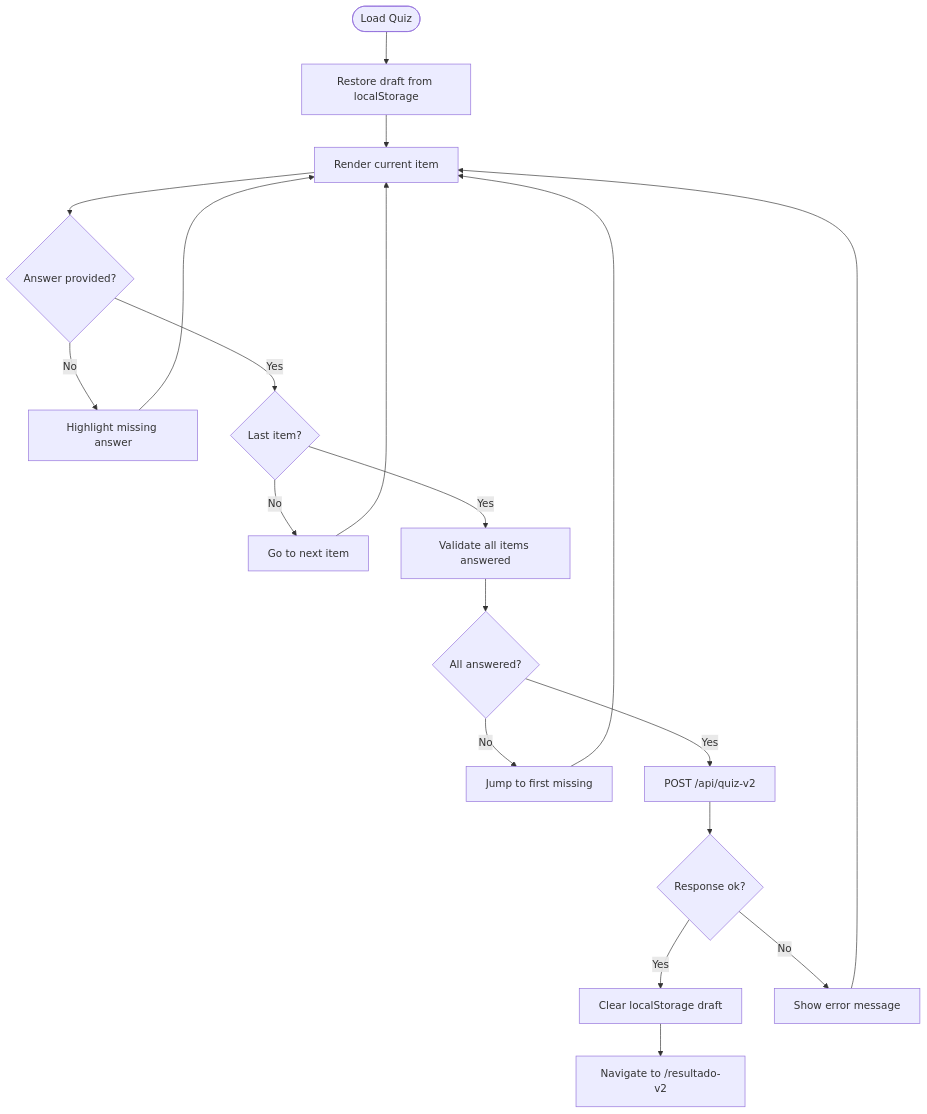
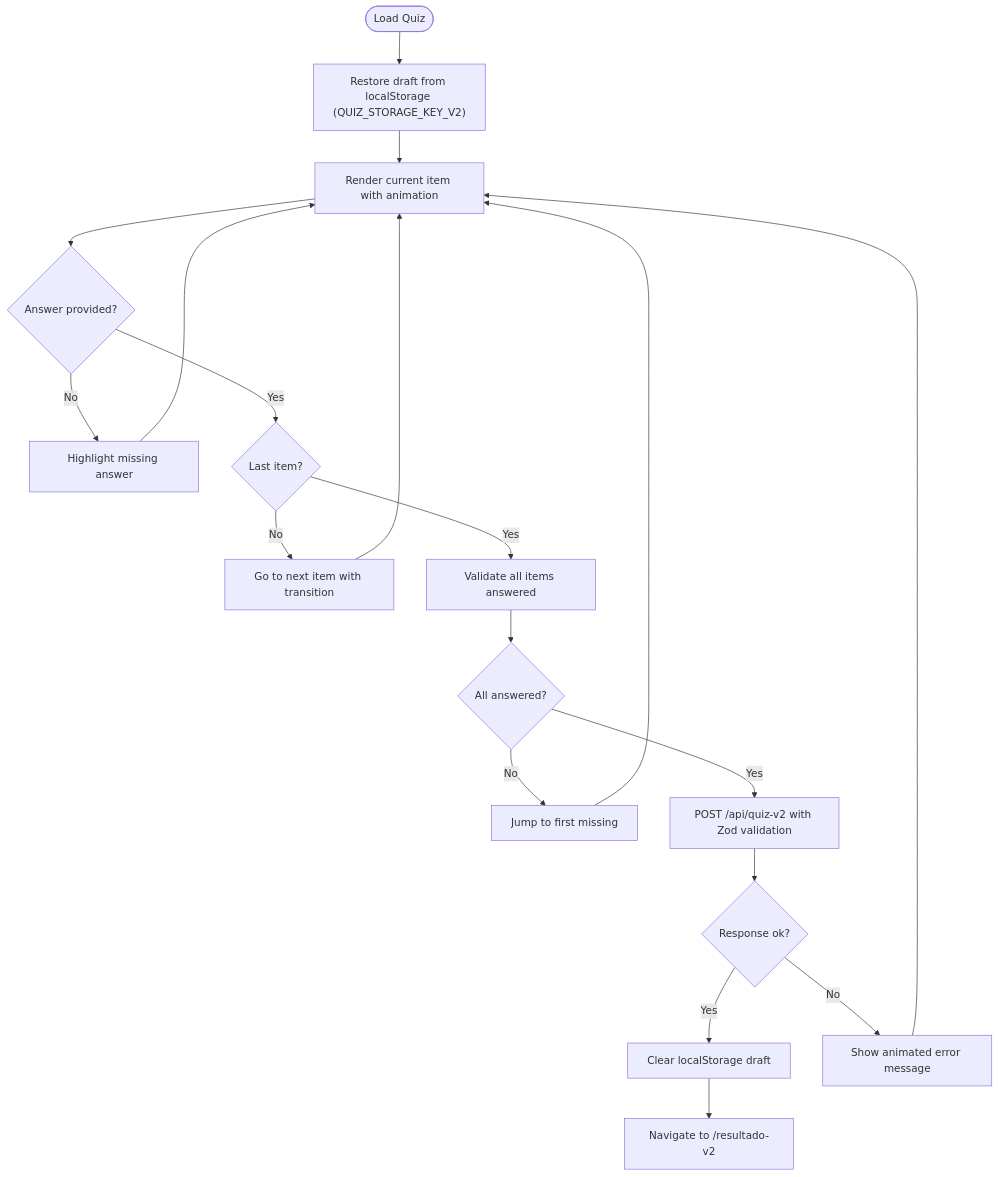
The third of 9 diagrams in .qoder/repowiki/en/content/Core Components/Interactive Quiz Interface v2.md (AmeliaDi/ProyectoENESZooMatch), drawn with Mermaid before and after one commit. The commit also changed other lines of this file and 43 other files, not shown here.

````diff
--- a/.qoder/repowiki/en/content/Core Components/Interactive Quiz Interface v2.md
+++ b/.qoder/repowiki/en/content/Core Components/Interactive Quiz Interface v2.md
@@ -187,21 +206,21 @@
 ```mermaid
 flowchart TD
-Start(["Load Quiz"]) --> RestoreDraft["Restore draft from localStorage"]
-RestoreDraft --> ShowItem["Render current item"]
+Start(["Load Quiz"]) --> RestoreDraft["Restore draft from localStorage (QUIZ_STORAGE_KEY_V2)"]
+RestoreDraft --> ShowItem["Render current item with animation"]
 ShowItem --> Answer{"Answer provided?"}
 Answer --> |No| HighlightMissing["Highlight missing answer"]
 HighlightMissing --> ShowItem
 Answer --> |Yes| NextOrSubmit{"Last item?"}
-NextOrSubmit --> |No| NextItem["Go to next item"]
+NextOrSubmit --> |No| NextItem["Go to next item with transition"]
 NextItem --> ShowItem
 NextOrSubmit --> |Yes| ValidateAll["Validate all items answered"]
 ValidateAll --> AllAnswered{"All answered?"}
 AllAnswered --> |No| JumpToFirstMissing["Jump to first missing"]
 JumpToFirstMissing --> ShowItem
-AllAnswered --> |Yes| Submit["POST /api/quiz-v2"]
+AllAnswered --> |Yes| Submit["POST /api/quiz-v2 with Zod validation"]
 Submit --> Success{"Response ok?"}
 Success --> |Yes| ClearDraft["Clear localStorage draft"]
 ClearDraft --> Navigate["Navigate to /resultado-v2"]
-Success --> |No| ShowError["Show error message"]
+Success --> |No| ShowError["Show animated error message"]
 ShowError --> ShowItem
 ```
````
